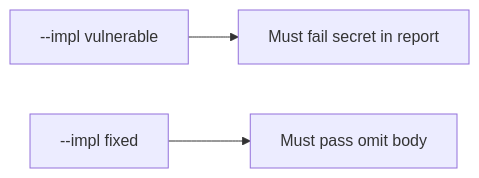
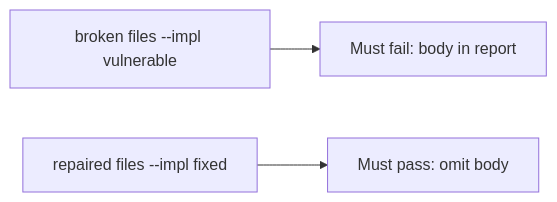
The diagram in content/modules/8/8.5/lessons/05-verify.md (ishitvagoel/LearnSecurity), drawn with Mermaid before and after one commit. The commit also changed other lines of this file and 39 other files, not shown here.

````diff
--- a/content/modules/8/8.5/lessons/05-verify.md
+++ b/content/modules/8/8.5/lessons/05-verify.md
@@ -15,5 +14,5 @@
 ```mermaid
 flowchart LR
-  V["--impl vulnerable"] --> F["Must fail secret in report"]
-  X["--impl fixed"] --> P["Must pass omit body"]
+  V["broken files --impl vulnerable"] --> F[Must fail: body in report]
+  X["repaired files --impl fixed"] --> P[Must pass: omit body]
 ```
````
